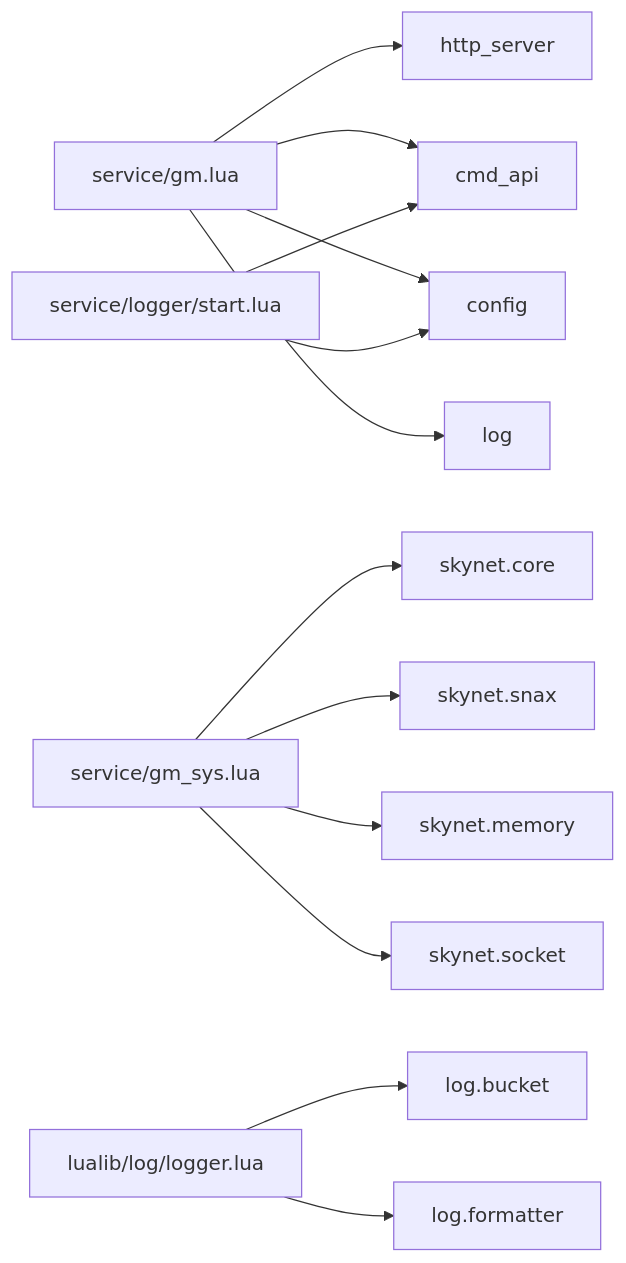
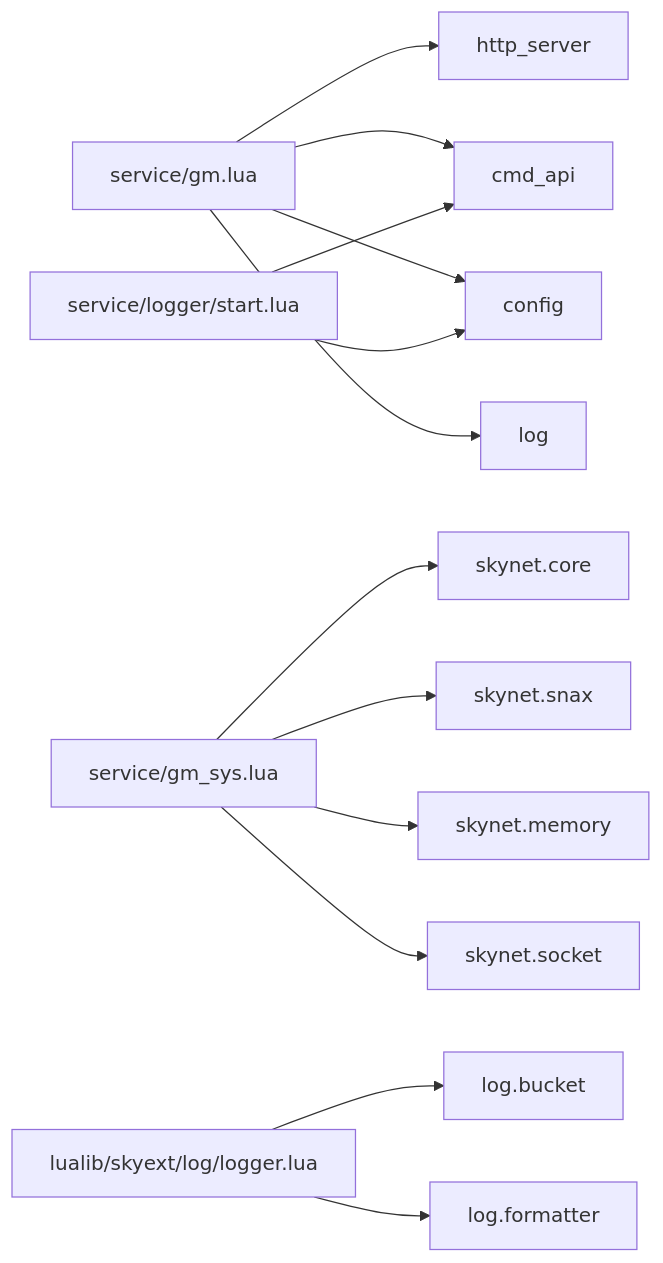
Before and after one commit to hanxi/skyext: the eighth of 8 diagrams in docs/repowiki/zh/content/部署运维/监控与日志.md, drawn with Mermaid. The commit also changed other lines of this file and 117 other files, not shown here.

````diff
--- a/docs/repowiki/zh/content/部署运维/监控与日志.md
+++ b/docs/repowiki/zh/content/部署运维/监控与日志.md
@@ -332,15 +332,15 @@
 ```mermaid
 graph LR
 GM["service/gm.lua"] --> HTTP["http_server"]
 GM --> CMD["cmd_api"]
 GM --> CFG["config"]
 GM --> LOG["log"]
 GMSYS["service/gm_sys.lua"] --> CORE["skynet.core"]
 GMSYS --> SNAX["skynet.snax"]
 GMSYS --> MEM["skynet.memory"]
 GMSYS --> SOCK["skynet.socket"]
-LOGMOD["lualib/log/logger.lua"] --> BK["log.bucket"]
+LOGMOD["lualib/skyext/log/logger.lua"] --> BK["log.bucket"]
 LOGMOD --> FMT["log.formatter"]
 LSTART["service/logger/start.lua"] --> CFG
 LSTART --> CMD
 ```
````
